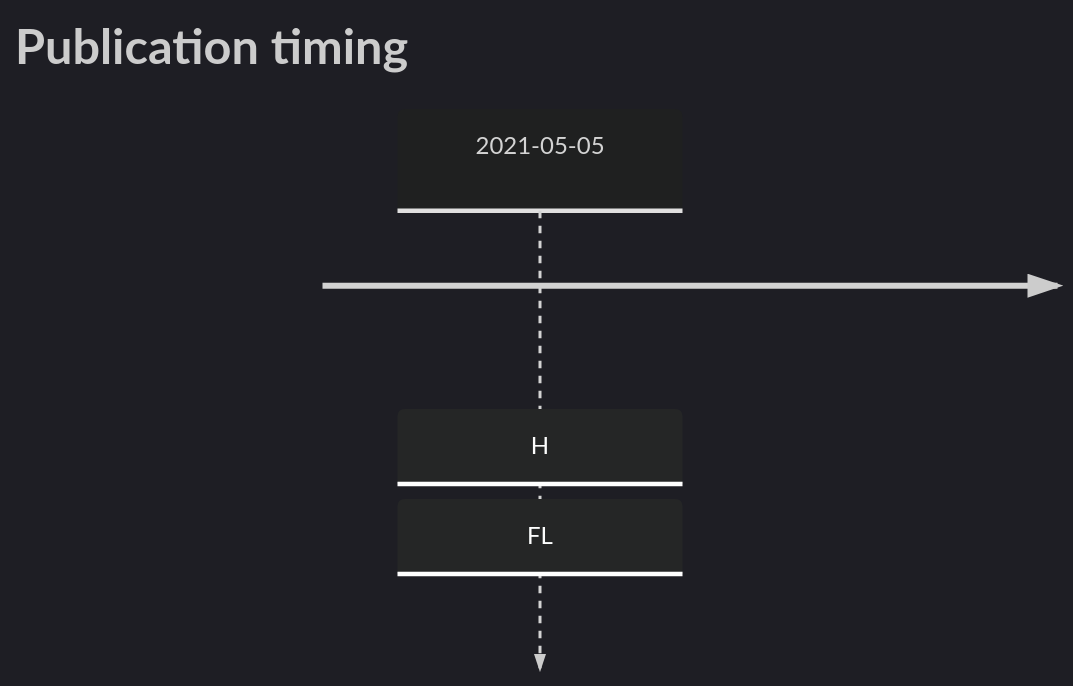
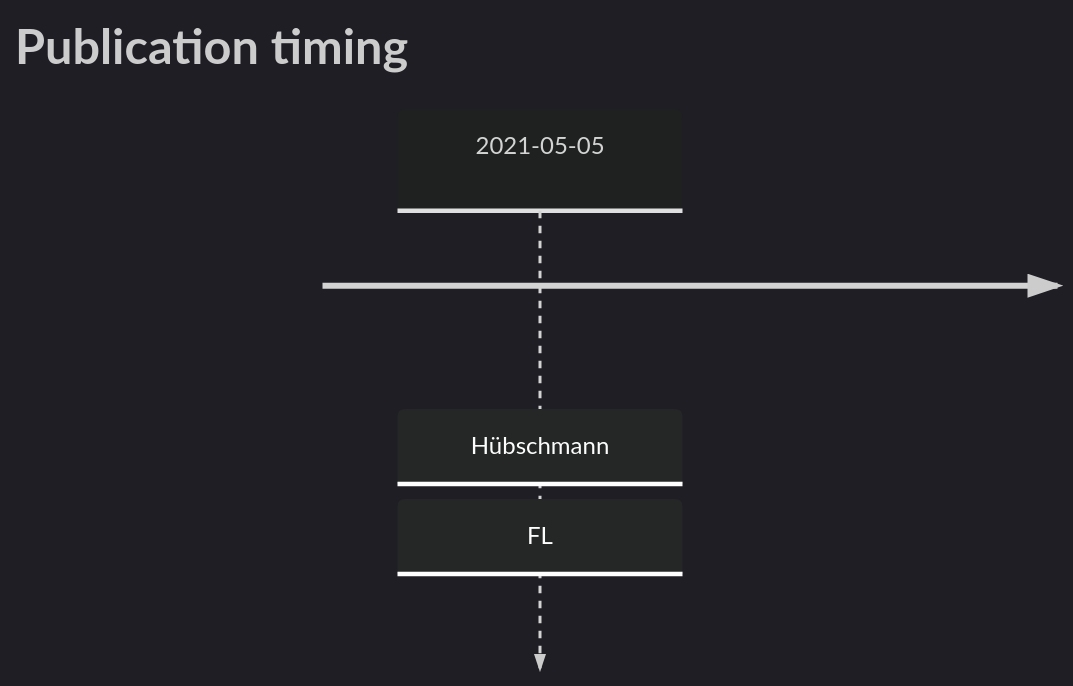
One commit to morinlab/lymphopedia changed the diagram in ATP6V1A.md. Above: the diagram before and after it, drawn with Mermaid. The commit also changed 24 other files, not shown here.

````diff
--- a/ATP6V1A.md
+++ b/ATP6V1A.md
@@ -6,6 +6,6 @@
 ```mermaid
 %%{init: { 'logLevel': 'debug', 'theme': 'dark' } }%%
 timeline
     title Publication timing
-      2021-05-05 : H : FL
+      2021-05-05 : Hübschmann : FL
 ```
````
